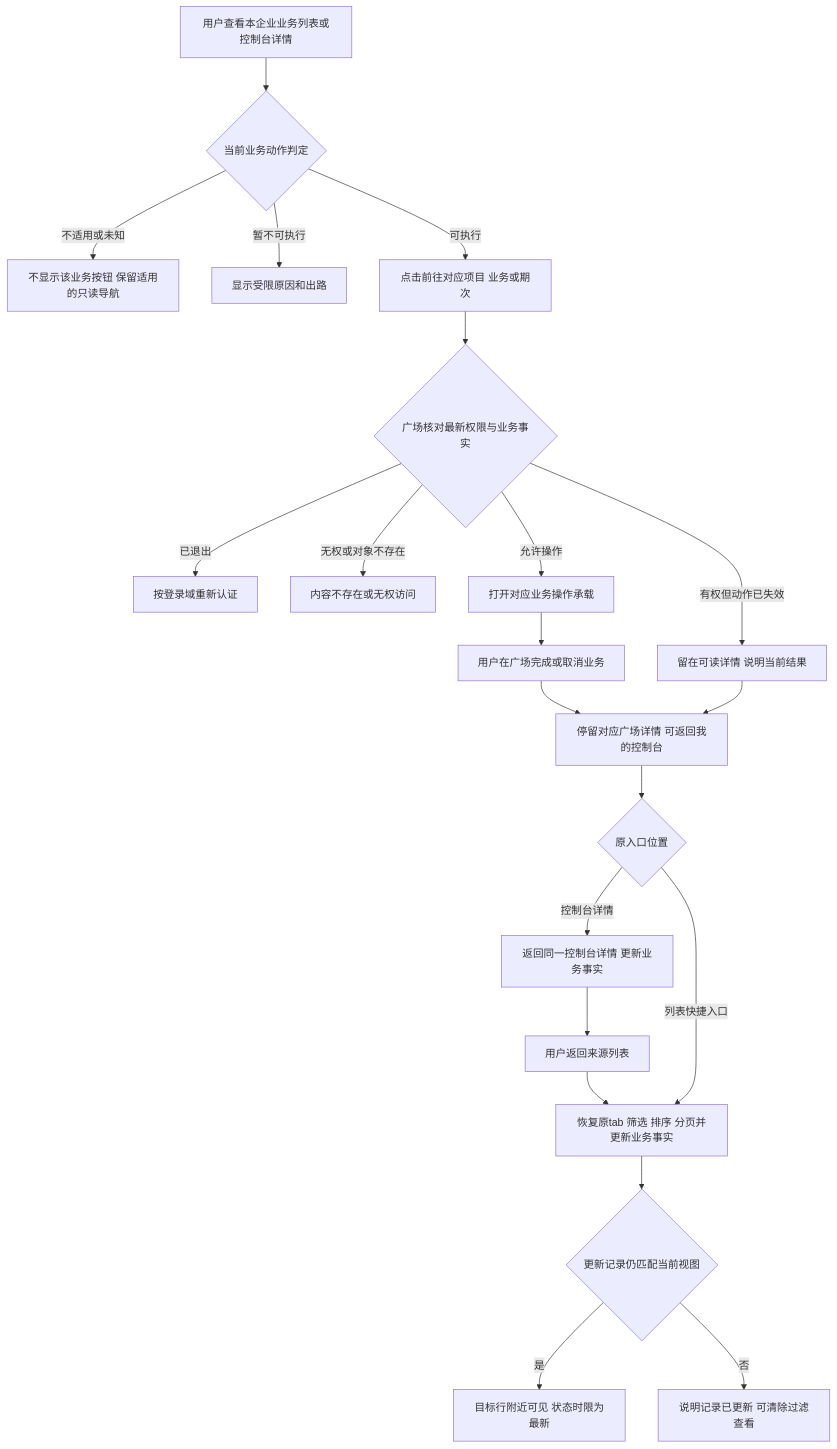
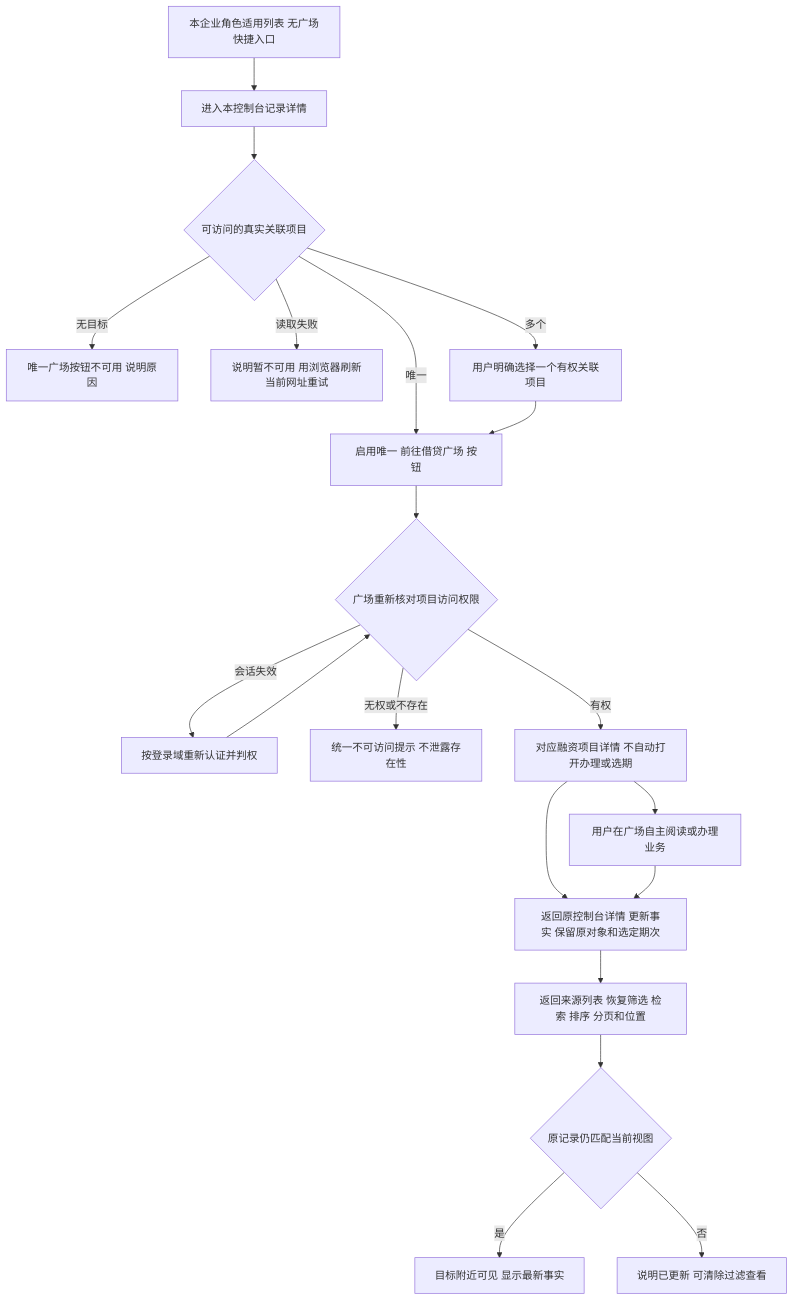
Before and after one commit to wxblockchain/Chain-Financing: the second of 11 diagrams in lending-platform/PRD/v1.0-我的控制台/v1.0-我的控制台-流程图与状态机.md, drawn with Mermaid. The commit also changed other lines of this file and 2 other files, not shown here.

````diff
--- a/lending-platform/PRD/v1.0-我的控制台/v1.0-我的控制台-流程图与状态机.md
+++ b/lending-platform/PRD/v1.0-我的控制台/v1.0-我的控制台-流程图与状态机.md
@@ -53,23 +55,22 @@
 ```mermaid
 flowchart TD
-  A[用户查看本企业业务列表或控制台详情] --> B{当前业务动作判定}
-  B -- 不适用或未知 --> C[不显示该业务按钮 保留适用的只读导航]
-  B -- 暂不可执行 --> D[显示受限原因和出路]
-  B -- 可执行 --> E[点击前往对应项目 业务或期次]
-  E --> F{广场核对最新权限与业务事实}
-  F -- 已退出 --> G[按登录域重新认证]
-  F -- 无权或对象不存在 --> H[内容不存在或无权访问]
-  F -- 有权但动作已失效 --> I[留在可读详情 说明当前结果]
-  F -- 允许操作 --> J[打开对应业务操作承载]
-  J --> K[用户在广场完成或取消业务]
-  K --> L[停留对应广场详情 可返回我的控制台]
-  I --> L
-  L --> R{原入口位置}
-  R -- 控制台详情 --> S[返回同一控制台详情 更新业务事实]
-  S --> T[用户返回来源列表]
-  T --> M[恢复原tab 筛选 排序 分页并更新业务事实]
-  R -- 列表快捷入口 --> M
-  M --> N{更新记录仍匹配当前视图}
-  N -- 是 --> O[目标行附近可见 状态时限为最新]
-  N -- 否 --> P[说明记录已更新 可清除过滤查看]
+  A[本企业角色适用列表 无广场快捷入口] --> B[进入本控制台记录详情]
+  B --> C{可访问的真实关联项目}
+  C -- 无目标 --> D[唯一广场按钮不可用 说明原因]
+  C -- 读取失败 --> E[说明暂不可用 用浏览器刷新当前网址重试]
+  C -- 多个 --> F[用户明确选择一个有权关联项目]
+  C -- 唯一 --> G[启用唯一 前往借贷广场 按钮]
+  F --> G
+  G --> H{广场重新核对项目访问权限}
+  H -- 会话失效 --> I[按登录域重新认证并判权]
+  I --> H
+  H -- 无权或不存在 --> J[统一不可访问提示 不泄露存在性]
+  H -- 有权 --> K[对应融资项目详情 不自动打开办理或选期]
+  K --> L[用户在广场自主阅读或办理业务]
+  K --> M[返回原控制台详情 更新事实 保留原对象和选定期次]
+  L --> M
+  M --> N[返回来源列表 恢复筛选 检索 排序 分页和位置]
+  N --> O{原记录仍匹配当前视图}
+  O -- 是 --> P[目标附近可见 显示最新事实]
+  O -- 否 --> Q[说明已更新 可清除过滤查看]
 ```
````
